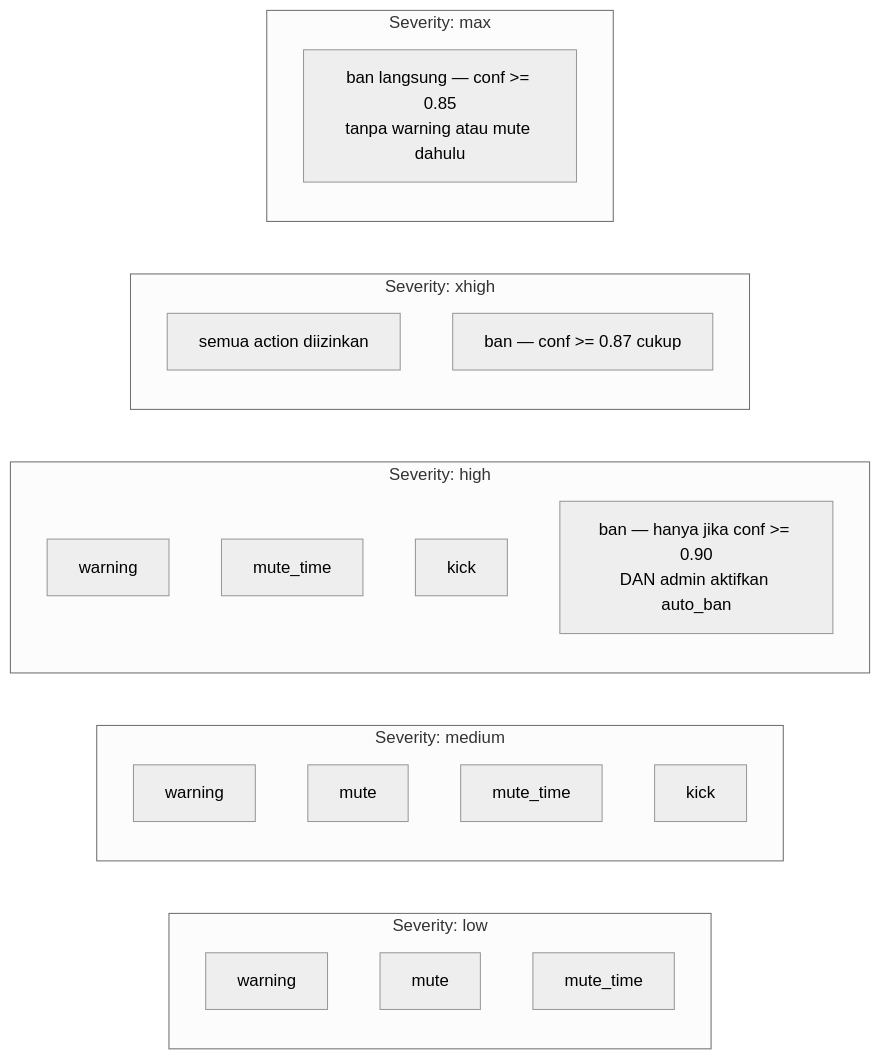
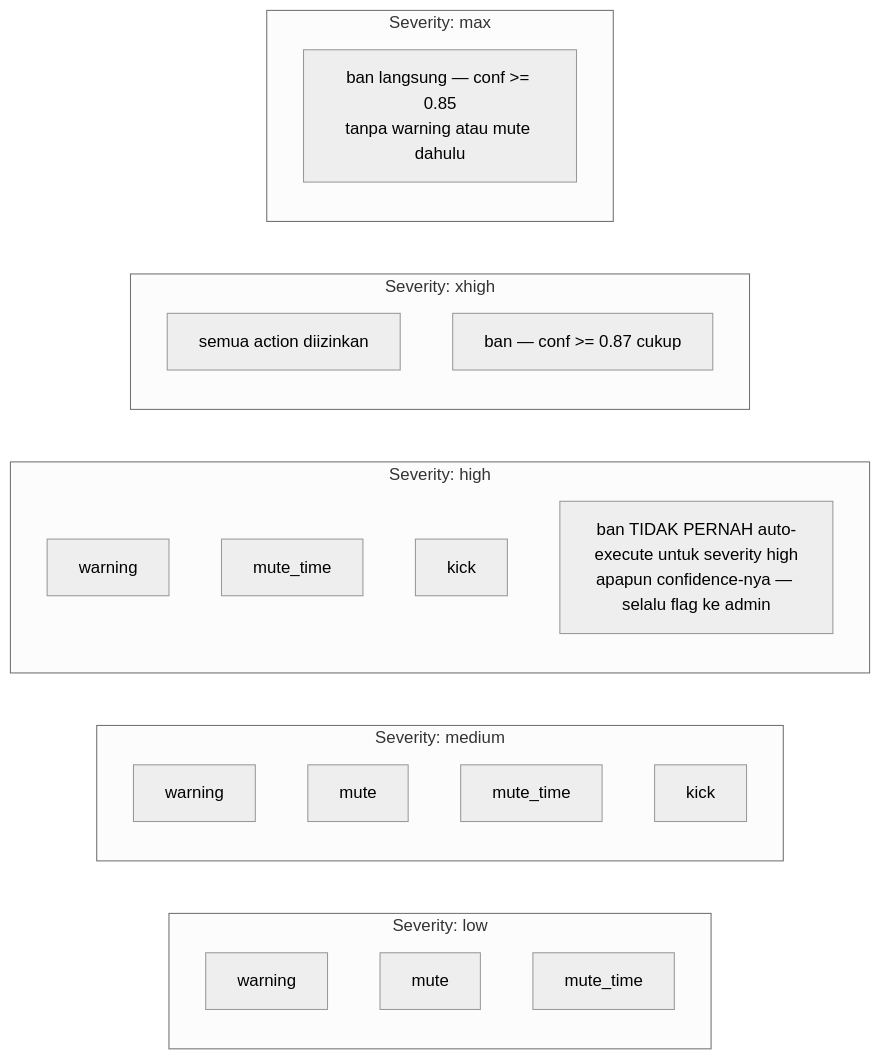
The second of 15 diagrams in PRD.md (D1ZZY4/tcbot), drawn with Mermaid (neutral theme) before and after one commit. The commit also changed other lines of this file, not shown here.

````diff
--- a/PRD.md
+++ b/PRD.md
@@ -240,27 +241,27 @@
 ```mermaid
 flowchart LR
     subgraph low["Severity: low"]
         L1[warning]
         L2[mute]
         L3[mute_time]
     end
     subgraph medium["Severity: medium"]
         M1[warning]
         M2[mute]
         M3[mute_time]
         M4[kick]
     end
     subgraph high["Severity: high"]
         H1[warning]
         H2[mute_time]
         H3[kick]
-        H4["ban — hanya jika conf >= 0.90\nDAN admin aktifkan auto_ban"]
+        H4["ban TIDAK PERNAH auto-execute untuk severity high\napapun confidence-nya — selalu flag ke admin"]
     end
     subgraph xhigh["Severity: xhigh"]
         X1[semua action diizinkan]
         X2["ban — conf >= 0.87 cukup"]
     end
     subgraph max["Severity: max"]
         MA1["ban langsung — conf >= 0.85\ntanpa warning atau mute dahulu"]
     end
 ```
````
